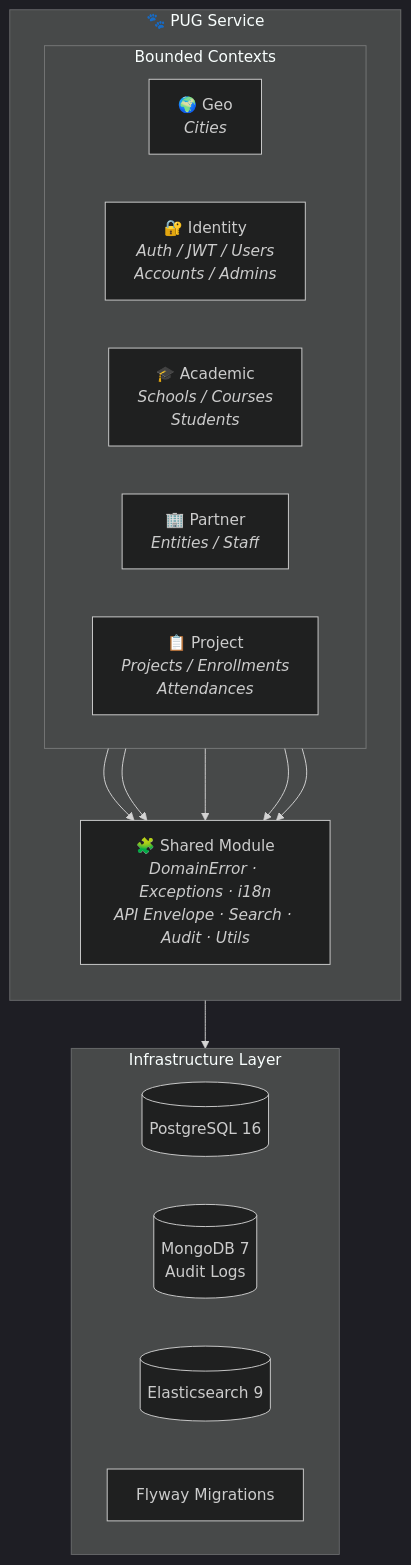
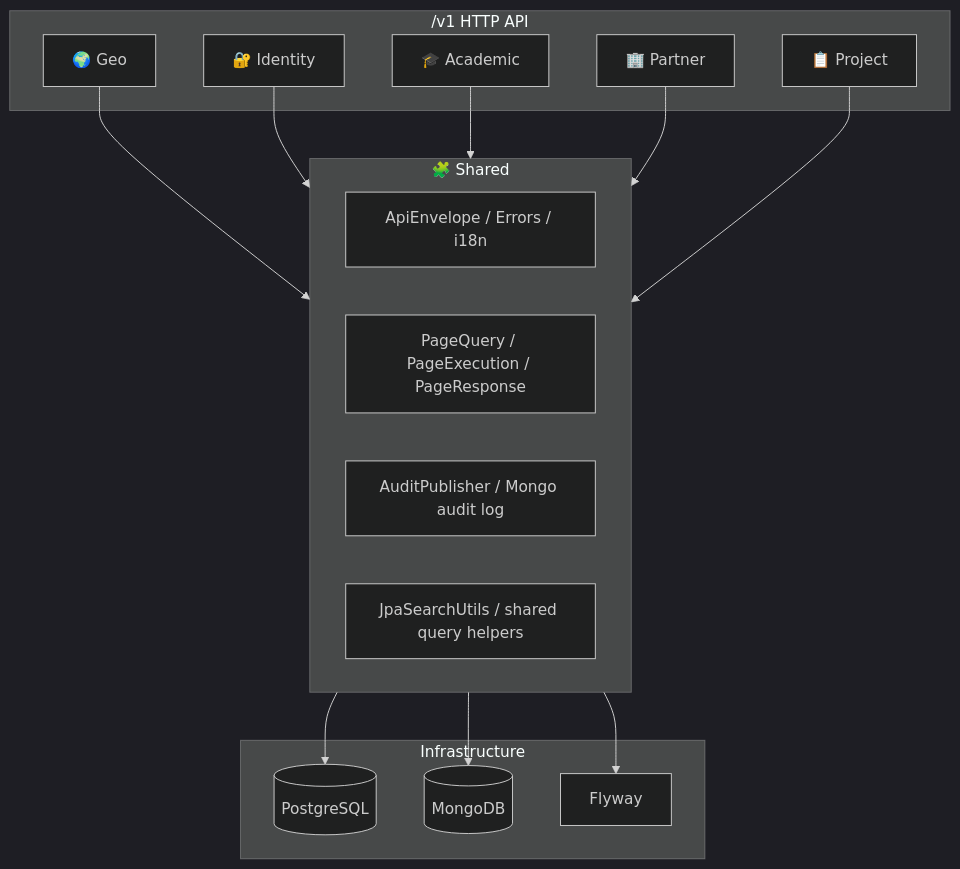
One commit to Plataforma-Universidade-Gratuita/pug-docs changed the second of 4 diagrams in pug-service/README.md. Above: the diagram before and after it, drawn with Mermaid (dark theme). The commit also changed other lines of this file and 15 other files, not shown here.

Commit message:
PUG-258: pug-service v1.0.0 and its docs;

````diff
--- a/pug-service/README.md
+++ b/pug-service/README.md
@@ -75,32 +50,33 @@
 ```mermaid
 graph TB
-    subgraph PUG["🐾 PUG Service"]
-        direction TB
-        subgraph Modules["Bounded Contexts"]
-            direction LR
-            GEO["🌍 Geo<br/><i>Cities</i>"]
-            IDENTITY["🔐 Identity<br/><i>Auth / JWT / Users<br/>Accounts / Admins</i>"]
-            ACADEMIC["🎓 Academic<br/><i>Schools / Courses<br/>Students</i>"]
-            PARTNER["🏢 Partner<br/><i>Entities / Staff</i>"]
-            PROJECT["📋 Project<br/><i>Projects / Enrollments<br/>Attendances</i>"]
-        end
-
-        SHARED["🧩 Shared Module<br/><i>DomainError · Exceptions · i18n<br/>API Envelope · Search · Audit · Utils</i>"]
-
-        GEO --> SHARED
-        IDENTITY --> SHARED
-        ACADEMIC --> SHARED
-        PARTNER --> SHARED
-        PROJECT --> SHARED
+    subgraph API["/v1 HTTP API"]
+        GEO["🌍 Geo"]
+        ID["🔐 Identity"]
+        AC["🎓 Academic"]
+        PA["🏢 Partner"]
+        PR["📋 Project"]
     end
 
-    subgraph Infra["Infrastructure Layer"]
-        direction LR
-        PG[("PostgreSQL 16")]
-        MONGO[("MongoDB 7<br/>Audit Logs")]
-        ES[("Elasticsearch 9")]
-        FW["Flyway Migrations"]
+    subgraph Shared["🧩 Shared"]
+        ENV["ApiEnvelope / Errors / i18n"]
+        PAG["PageQuery / PageExecution / PageResponse"]
+        AUD["AuditPublisher / Mongo audit log"]
+        SRCH["JpaSearchUtils / shared query helpers"]
     end
 
-    SHARED --> Infra
+    subgraph Data["Infrastructure"]
+        PG[("PostgreSQL")]
+        MG[("MongoDB")]
+        FW["Flyway"]
+    end
+
+    GEO --> Shared
+    ID --> Shared
+    AC --> Shared
+    PA --> Shared
+    PR --> Shared
+
+    Shared --> PG
+    Shared --> MG
+    Shared --> FW
 ```
````
